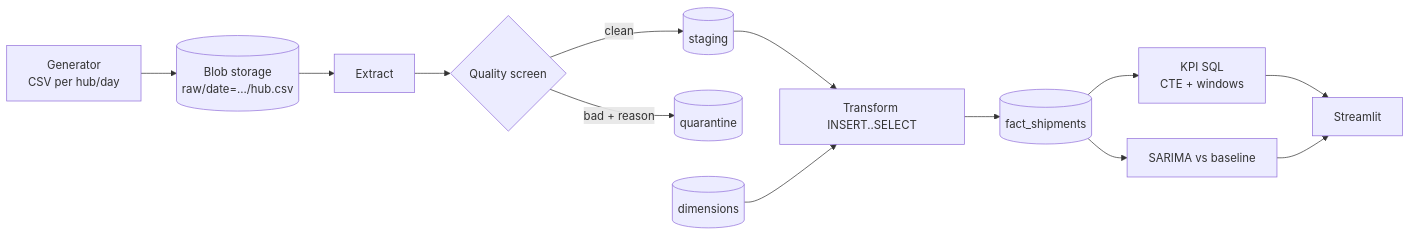
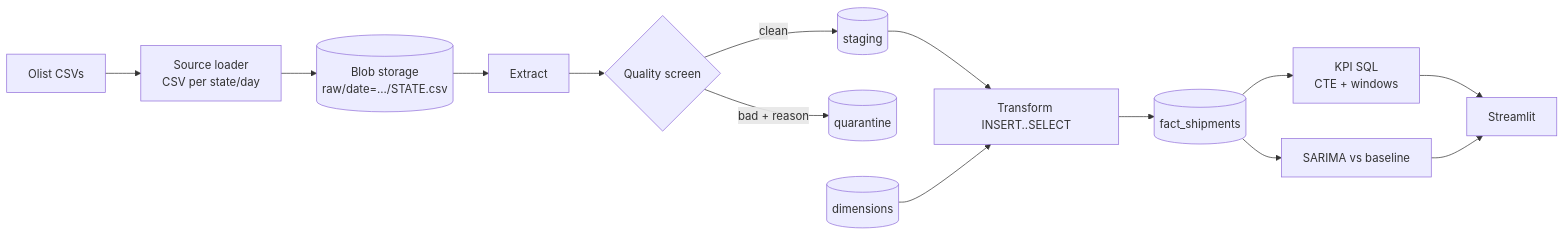
One commit to immortalxmachine/parcelflow changed the diagram in README.md. Above: the diagram before and after it, drawn with Mermaid. The commit also changed other lines of this file and 36 other files, not shown here.

````diff
--- a/README.md
+++ b/README.md
@@ -31,11 +70,12 @@
 ```mermaid
 flowchart LR
-    GEN[Generator<br/>CSV per hub/day] --> RAW[(Blob storage<br/>raw/date=.../hub.csv)]
+    SRC[Olist CSVs] --> LD[Source loader<br/>CSV per state/day]
+    LD --> RAW[(Blob storage<br/>raw/date=.../STATE.csv)]
     RAW --> EXT[Extract] --> DQ{Quality screen}
     DQ -->|clean| STG[(staging)]
     DQ -->|bad + reason| QUAR[(quarantine)]
     STG --> TR[Transform INSERT..SELECT] --> FACT[(fact_shipments)]
     DIMS[(dimensions)] --> TR
     FACT --> KPI[KPI SQL<br/>CTE + windows] --> DASH[Streamlit]
     FACT --> FC[SARIMA vs baseline] --> DASH
 ```
````
